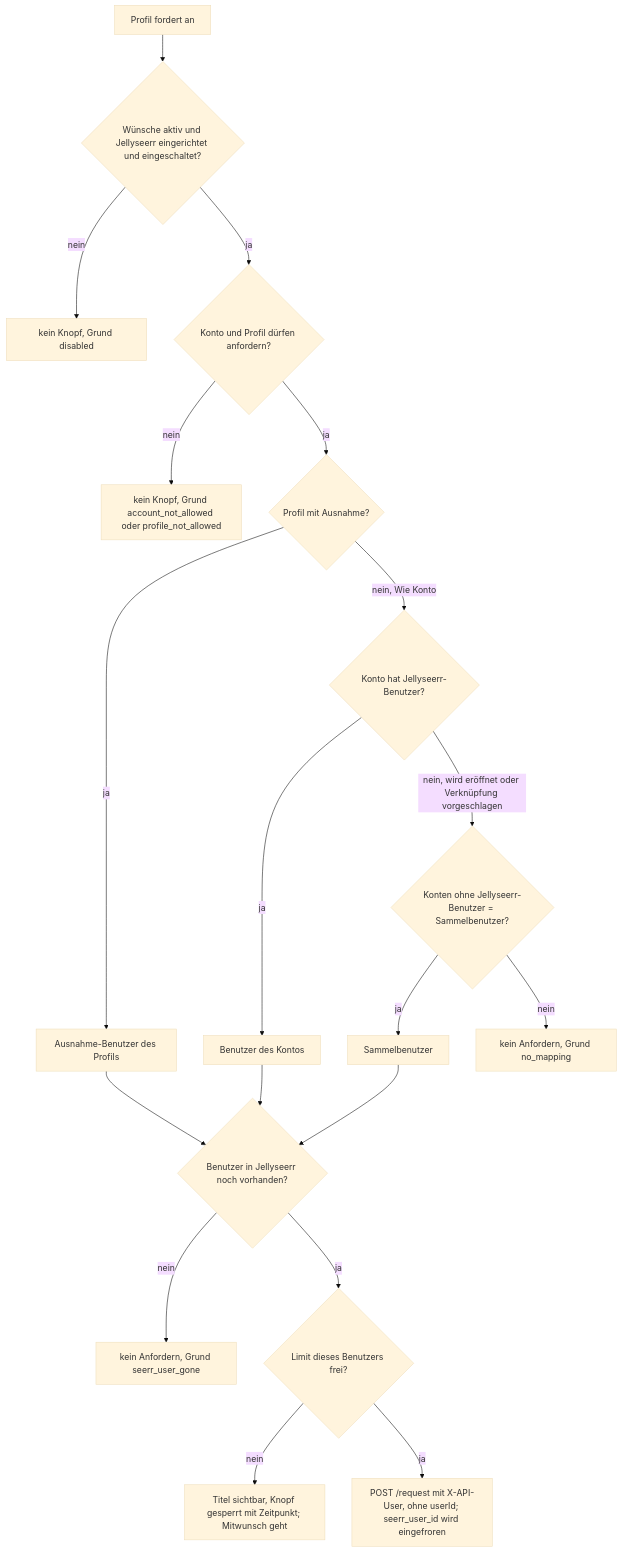
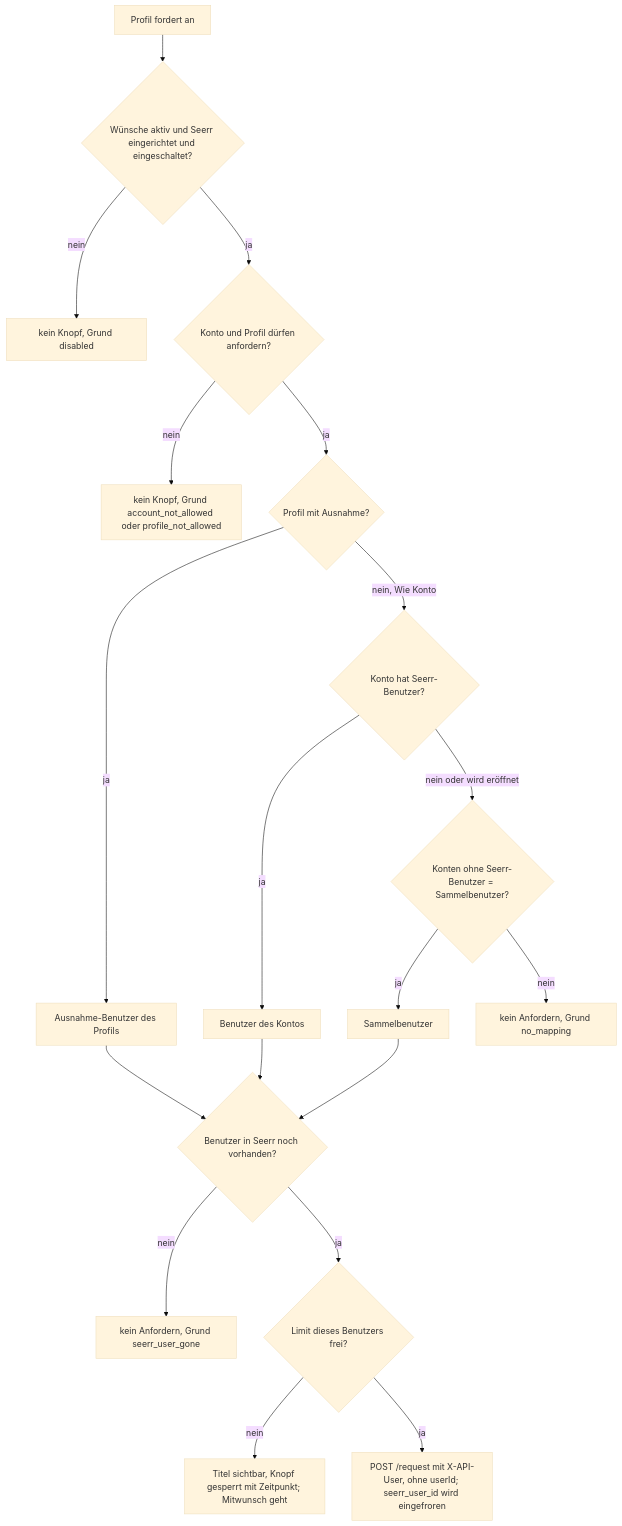
Before and after one commit to SlouchCat/slouchcat: the first of 2 diagrams in docs/planning/25-medienwuensche/04-benutzer-profilmapping.md, drawn with Mermaid (base theme). The commit also changed other lines of this file and 30 other files, not shown here.

````diff
--- a/docs/planning/25-medienwuensche/04-benutzer-profilmapping.md
+++ b/docs/planning/25-medienwuensche/04-benutzer-profilmapping.md
@@ -206,21 +204,21 @@
 ```mermaid
 flowchart TD
-  A["Profil fordert an"] --> B{"Wünsche aktiv und Jellyseerr eingerichtet und eingeschaltet?"}
+  A["Profil fordert an"] --> B{"Wünsche aktiv und Seerr eingerichtet und eingeschaltet?"}
   B -- "nein" --> X1["kein Knopf, Grund disabled"]
   B -- "ja" --> C{"Konto und Profil dürfen anfordern?"}
   C -- "nein" --> X2["kein Knopf, Grund account_not_allowed oder profile_not_allowed"]
   C -- "ja" --> D{"Profil mit Ausnahme?"}
   D -- "ja" --> U1["Ausnahme-Benutzer des Profils"]
-  D -- "nein, Wie Konto" --> E{"Konto hat Jellyseerr-Benutzer?"}
+  D -- "nein, Wie Konto" --> E{"Konto hat Seerr-Benutzer?"}
   E -- "ja" --> U2["Benutzer des Kontos"]
-  E -- "nein, wird eröffnet oder Verknüpfung vorgeschlagen" --> F{"Konten ohne Jellyseerr-Benutzer = Sammelbenutzer?"}
+  E -- "nein oder wird eröffnet" --> F{"Konten ohne Seerr-Benutzer = Sammelbenutzer?"}
   F -- "ja" --> U3["Sammelbenutzer"]
   F -- "nein" --> X3["kein Anfordern, Grund no_mapping"]
-  U1 --> G{"Benutzer in Jellyseerr noch vorhanden?"}
+  U1 --> G{"Benutzer in Seerr noch vorhanden?"}
   U2 --> G
   U3 --> G
   G -- "nein" --> X4["kein Anfordern, Grund seerr_user_gone"]
   G -- "ja" --> L{"Limit dieses Benutzers frei?"}
   L -- "nein" --> X5["Titel sichtbar, Knopf gesperrt mit Zeitpunkt; Mitwunsch geht"]
   L -- "ja" --> H["POST /request mit X-API-User, ohne userId; seerr_user_id wird eingefroren"]
 ```
````
